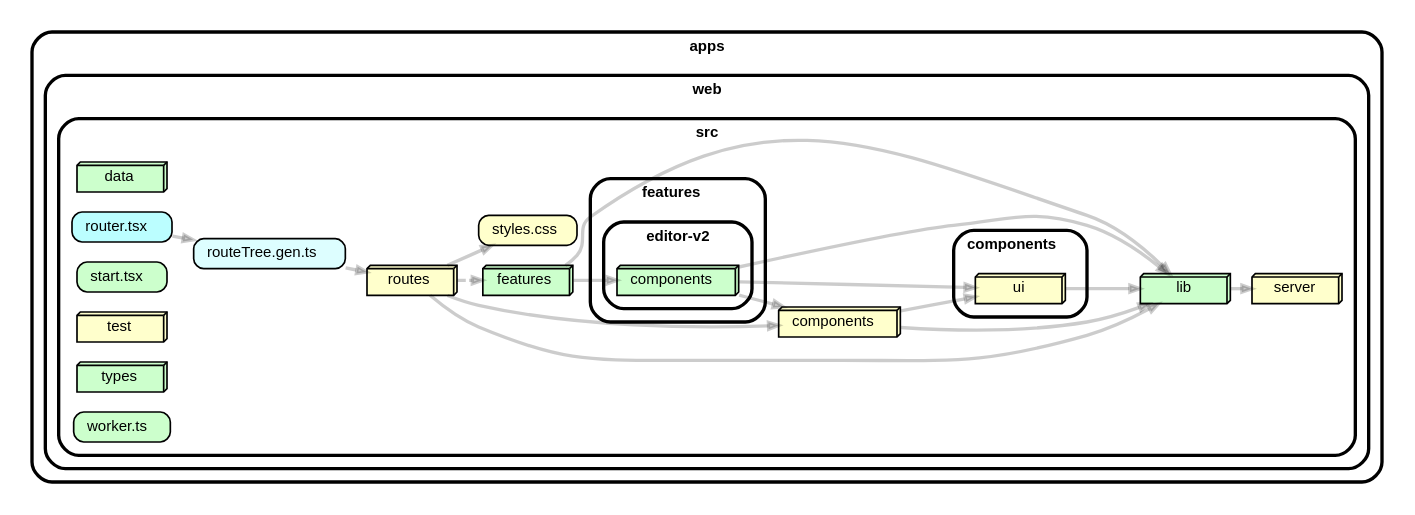
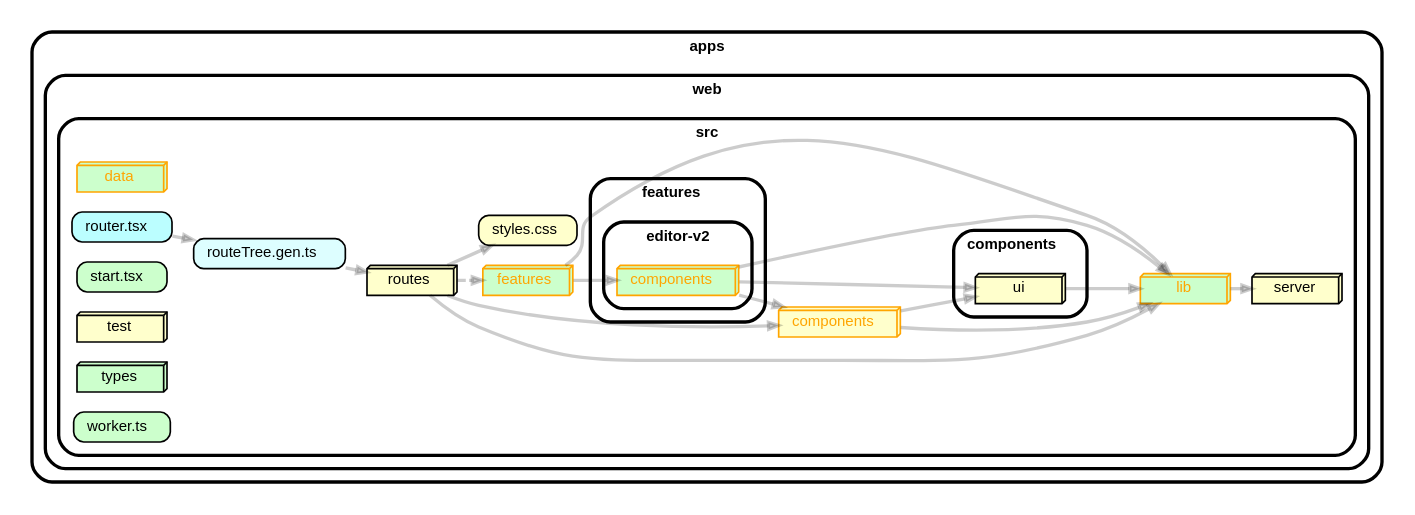
The diagram in docs/graphs/web-dependency-graph.dot (grace-bidos/chem-model-edit), drawn with Graphviz before and after one commit. The commit also changed 19 other files, not shown here.

```diff
--- a/docs/graphs/web-dependency-graph.dot
+++ b/docs/graphs/web-dependency-graph.dot
@@ -1,36 +1,36 @@
 strict digraph "dependency-cruiser output"{
     rankdir="LR" splines="true" overlap="false" nodesep="0.16" ranksep="0.18" fontname="Helvetica-bold" fontsize="9" style="rounded,bold,filled" fillcolor="#ffffff" compound="true"
     node [shape="box" style="rounded, filled" height="0.2" color="black" fillcolor="#ffffcc" fontcolor="black" fontname="Helvetica" fontsize="9"]
     edge [arrowhead="normal" arrowsize="0.6" penwidth="2.0" color="#00000033" fontname="Helvetica" fontsize="9"]
 
-    subgraph "cluster_apps" {label="apps" subgraph "cluster_apps/web" {label="web" subgraph "cluster_apps/web/src" {label="src" "apps/web/src/components" [label=<components> tooltip="components" URL="apps/web/src/components" shape="box3d"] } } }
+    subgraph "cluster_apps" {label="apps" subgraph "cluster_apps/web" {label="web" subgraph "cluster_apps/web/src" {label="src" "apps/web/src/components" [label=<components> tooltip="no-orphans" URL="apps/web/src/components" fontcolor="orange" color="orange" shape="box3d"] } } }
     "apps/web/src/components" -> "apps/web/src/components/ui"
     "apps/web/src/components" -> "apps/web/src/lib"
     subgraph "cluster_apps" {label="apps" subgraph "cluster_apps/web" {label="web" subgraph "cluster_apps/web/src" {label="src" subgraph "cluster_apps/web/src/components" {label="components" "apps/web/src/components/ui" [label=<ui> tooltip="ui" URL="apps/web/src/components/ui" shape="box3d"] } } } }
     "apps/web/src/components/ui" -> "apps/web/src/lib"
-    subgraph "cluster_apps" {label="apps" subgraph "cluster_apps/web" {label="web" subgraph "cluster_apps/web/src" {label="src" "apps/web/src/data" [label=<data> tooltip="data" URL="apps/web/src/data" fillcolor="#ccffcc" shape="box3d"] } } }
-    subgraph "cluster_apps" {label="apps" subgraph "cluster_apps/web" {label="web" subgraph "cluster_apps/web/src" {label="src" "apps/web/src/features" [label=<features> tooltip="features" URL="apps/web/src/features" fillcolor="#ccffcc" shape="box3d"] } } }
+    subgraph "cluster_apps" {label="apps" subgraph "cluster_apps/web" {label="web" subgraph "cluster_apps/web/src" {label="src" "apps/web/src/data" [label=<data> tooltip="no-orphans" URL="apps/web/src/data" fillcolor="#ccffcc" fontcolor="orange" color="orange" shape="box3d"] } } }
+    subgraph "cluster_apps" {label="apps" subgraph "cluster_apps/web" {label="web" subgraph "cluster_apps/web/src" {label="src" "apps/web/src/features" [label=<features> tooltip="no-orphans" URL="apps/web/src/features" fillcolor="#ccffcc" fontcolor="orange" color="orange" shape="box3d"] } } }
     "apps/web/src/features" -> "apps/web/src/features/editor-v2/components"
     "apps/web/src/features" -> "apps/web/src/lib"
-    subgraph "cluster_apps" {label="apps" subgraph "cluster_apps/web" {label="web" subgraph "cluster_apps/web/src" {label="src" subgraph "cluster_apps/web/src/features" {label="features" subgraph "cluster_apps/web/src/features/editor-v2" {label="editor-v2" "apps/web/src/features/editor-v2/components" [label=<components> tooltip="components" URL="apps/web/src/features/editor-v2/components" fillcolor="#ccffcc" shape="box3d"] } } } } }
+    subgraph "cluster_apps" {label="apps" subgraph "cluster_apps/web" {label="web" subgraph "cluster_apps/web/src" {label="src" subgraph "cluster_apps/web/src/features" {label="features" subgraph "cluster_apps/web/src/features/editor-v2" {label="editor-v2" "apps/web/src/features/editor-v2/components" [label=<components> tooltip="no-orphans" URL="apps/web/src/features/editor-v2/components" fillcolor="#ccffcc" fontcolor="orange" color="orange" shape="box3d"] } } } } }
     "apps/web/src/features/editor-v2/components" -> "apps/web/src/components"
     "apps/web/src/features/editor-v2/components" -> "apps/web/src/components/ui"
     "apps/web/src/features/editor-v2/components" -> "apps/web/src/lib"
-    subgraph "cluster_apps" {label="apps" subgraph "cluster_apps/web" {label="web" subgraph "cluster_apps/web/src" {label="src" "apps/web/src/lib" [label=<lib> tooltip="lib" URL="apps/web/src/lib" fillcolor="#ccffcc" shape="box3d"] } } }
+    subgraph "cluster_apps" {label="apps" subgraph "cluster_apps/web" {label="web" subgraph "cluster_apps/web/src" {label="src" "apps/web/src/lib" [label=<lib> tooltip="no-orphans" URL="apps/web/src/lib" fillcolor="#ccffcc" fontcolor="orange" color="orange" shape="box3d"] } } }
     "apps/web/src/lib" -> "apps/web/src/server"
     subgraph "cluster_apps" {label="apps" subgraph "cluster_apps/web" {label="web" subgraph "cluster_apps/web/src" {label="src" "apps/web/src/routeTree.gen.ts" [label=<routeTree.gen.ts> tooltip="routeTree.gen.ts" URL="apps/web/src/routeTree.gen.ts" fillcolor="#ddfeff"] } } }
     "apps/web/src/routeTree.gen.ts" -> "apps/web/src/routes"
     subgraph "cluster_apps" {label="apps" subgraph "cluster_apps/web" {label="web" subgraph "cluster_apps/web/src" {label="src" "apps/web/src/router.tsx" [label=<router.tsx> tooltip="router.tsx" URL="apps/web/src/router.tsx" fillcolor="#bbfeff"] } } }
     "apps/web/src/router.tsx" -> "apps/web/src/routeTree.gen.ts"
     subgraph "cluster_apps" {label="apps" subgraph "cluster_apps/web" {label="web" subgraph "cluster_apps/web/src" {label="src" "apps/web/src/routes" [label=<routes> tooltip="routes" URL="apps/web/src/routes" shape="box3d"] } } }
     "apps/web/src/routes" -> "apps/web/src/components"
     "apps/web/src/routes" -> "apps/web/src/lib"
     "apps/web/src/routes" -> "apps/web/src/styles.css"
     "apps/web/src/routes" -> "apps/web/src/features" [style="dashed"]
     subgraph "cluster_apps" {label="apps" subgraph "cluster_apps/web" {label="web" subgraph "cluster_apps/web/src" {label="src" "apps/web/src/server" [label=<server> tooltip="server" URL="apps/web/src/server" shape="box3d"] } } }
     subgraph "cluster_apps" {label="apps" subgraph "cluster_apps/web" {label="web" subgraph "cluster_apps/web/src" {label="src" "apps/web/src/start.tsx" [label=<start.tsx> tooltip="start.tsx" URL="apps/web/src/start.tsx" fillcolor="#ccffcc"] } } }
     subgraph "cluster_apps" {label="apps" subgraph "cluster_apps/web" {label="web" subgraph "cluster_apps/web/src" {label="src" "apps/web/src/styles.css" [label=<styles.css> tooltip="styles.css" URL="apps/web/src/styles.css" ] } } }
     subgraph "cluster_apps" {label="apps" subgraph "cluster_apps/web" {label="web" subgraph "cluster_apps/web/src" {label="src" "apps/web/src/test" [label=<test> tooltip="test" URL="apps/web/src/test" shape="box3d"] } } }
     subgraph "cluster_apps" {label="apps" subgraph "cluster_apps/web" {label="web" subgraph "cluster_apps/web/src" {label="src" "apps/web/src/types" [label=<types> tooltip="types" URL="apps/web/src/types" fillcolor="#ccffcc" shape="box3d"] } } }
     subgraph "cluster_apps" {label="apps" subgraph "cluster_apps/web" {label="web" subgraph "cluster_apps/web/src" {label="src" "apps/web/src/worker.ts" [label=<worker.ts> tooltip="worker.ts" URL="apps/web/src/worker.ts" fillcolor="#ccffcc"] } } }
 }
```
